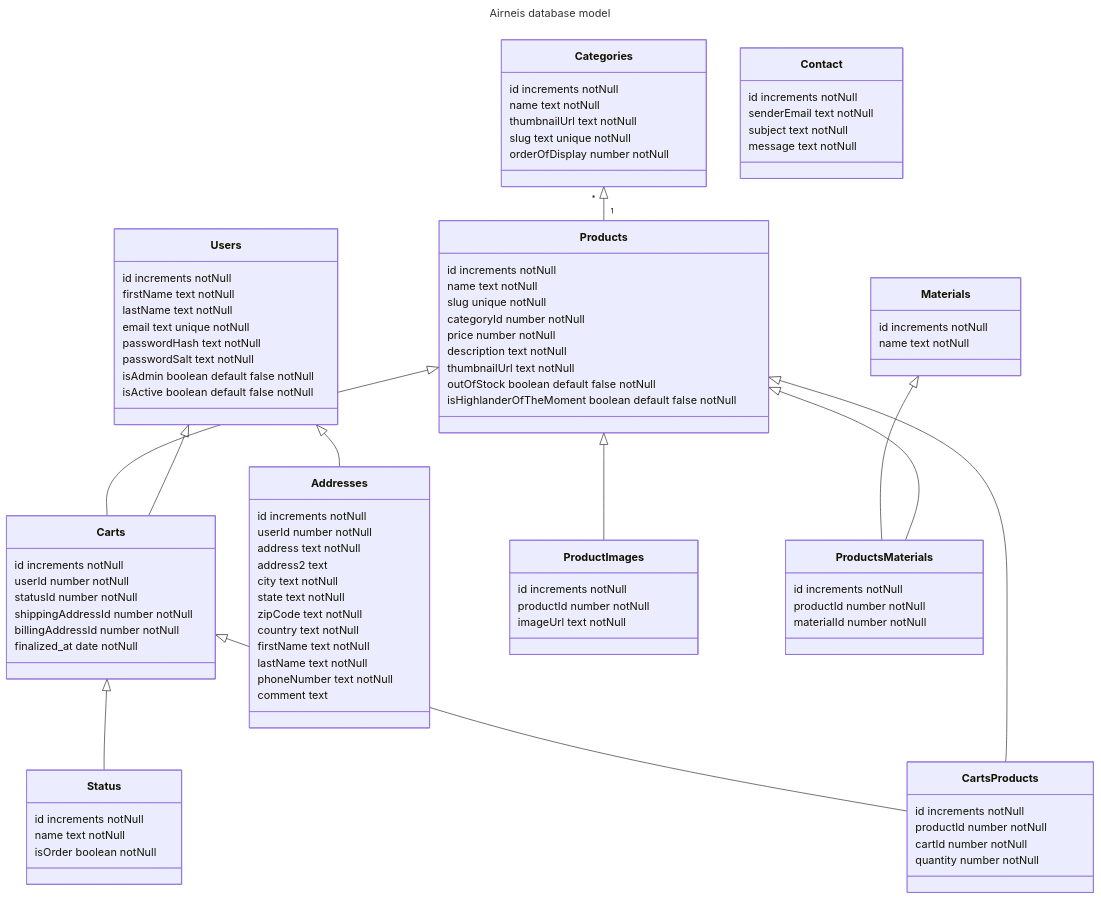
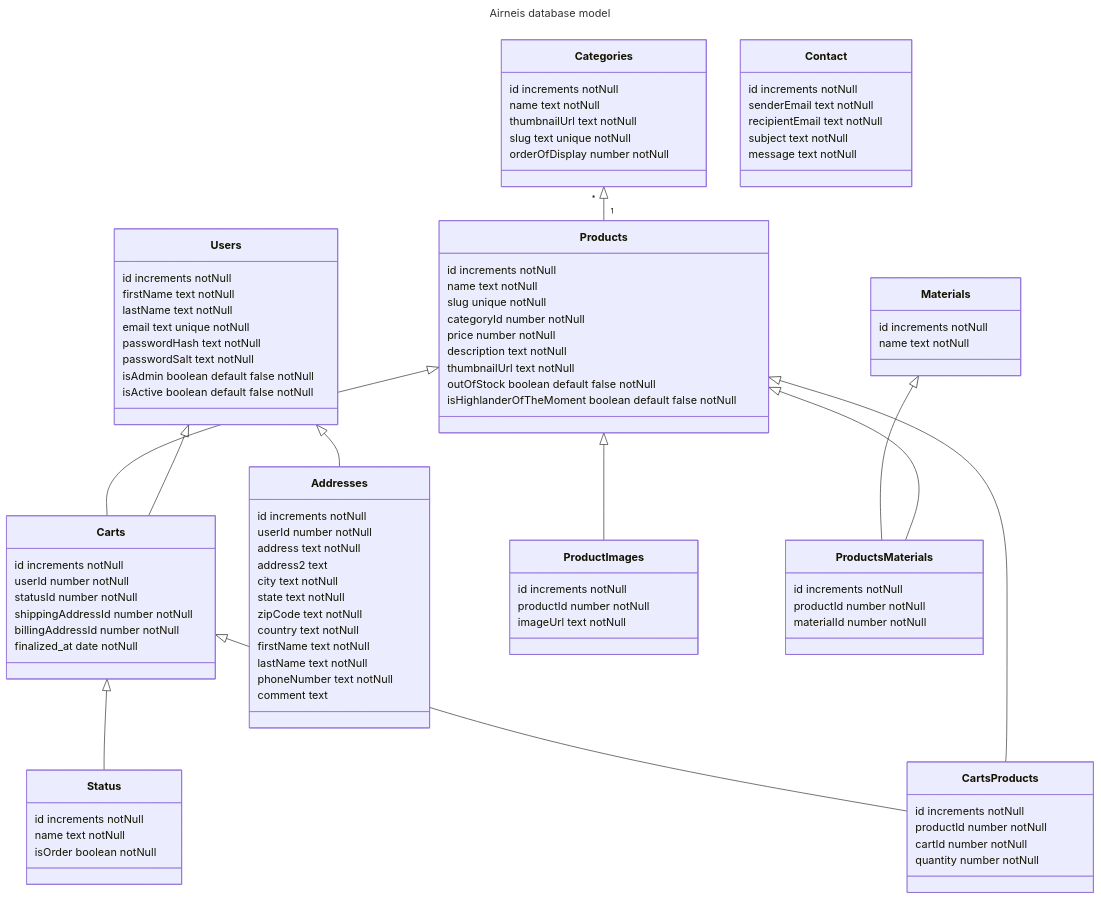
One commit to KrispyTech/airneis changed the diagram in docs/database/readme.md. Above: the diagram before and after it, drawn with Mermaid. The commit also changed other lines of this file and 1 other file, not shown here.

```diff
--- a/docs/database/readme.md
+++ b/docs/database/readme.md
@@ -106,6 +106,7 @@
 class Contact {
     id increments notNull
     senderEmail text notNull
+    recipientEmail text notNull
     subject text notNull
     message text notNull
 }
```
